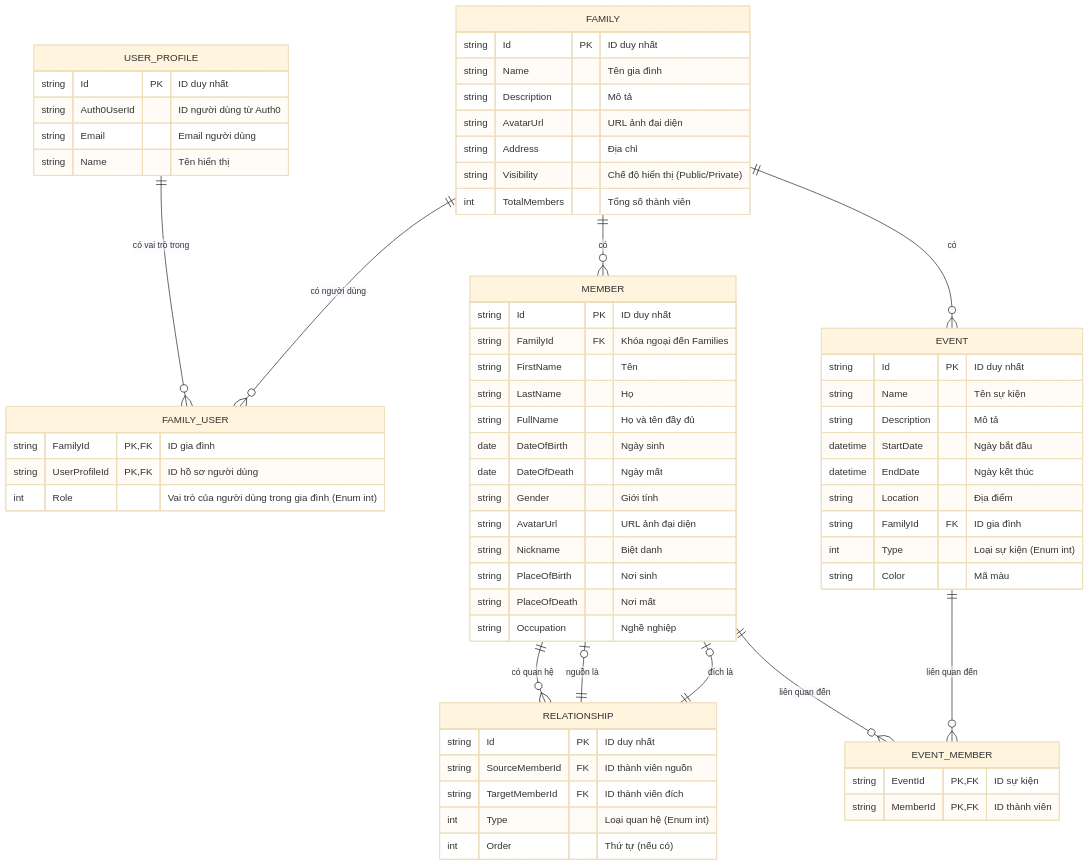
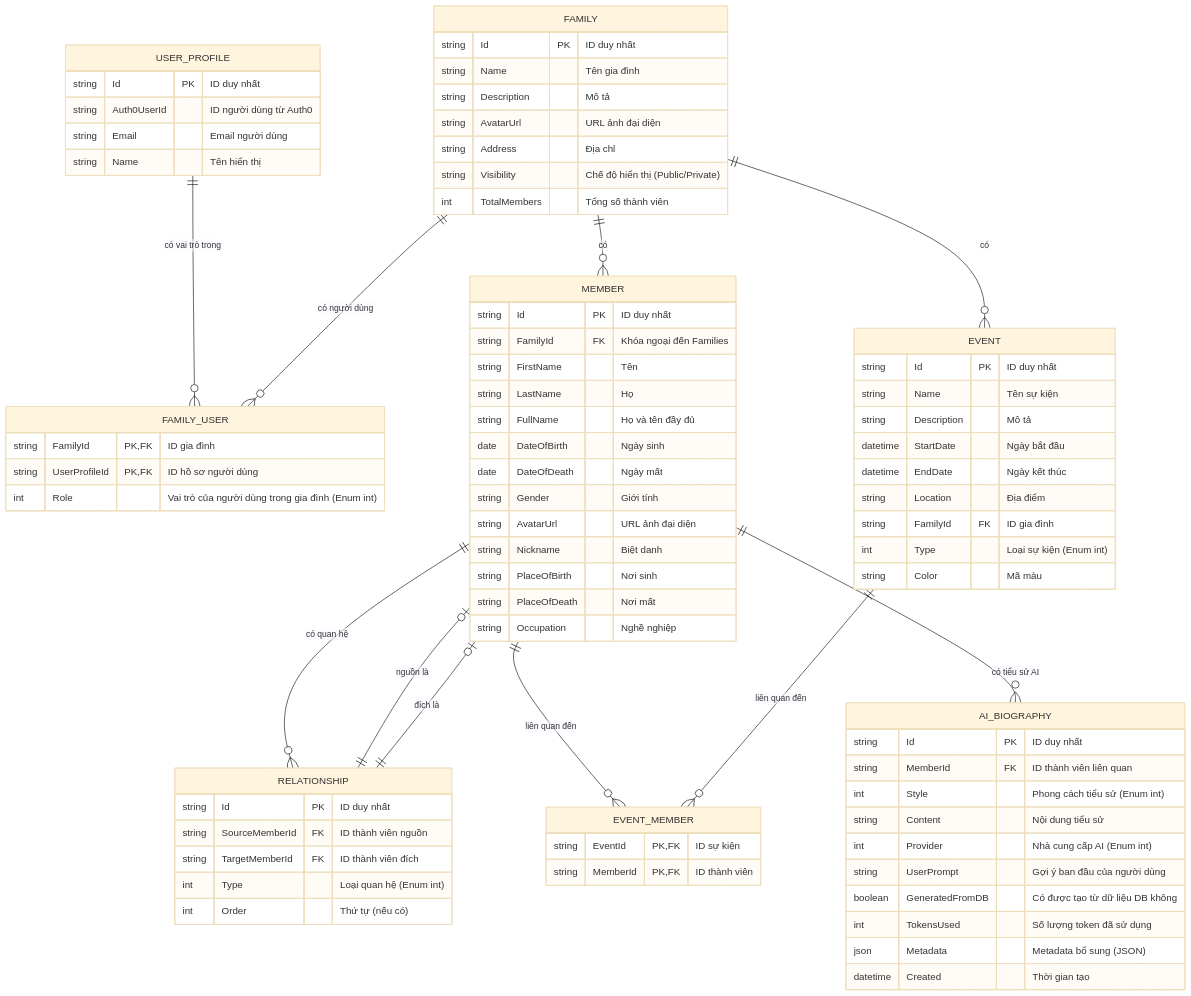
Before and after one commit to hkthao/family-tree-3: the diagram in docs/engineering/data-model.md, drawn with Mermaid (base theme). The commit also changed other lines of this file and 7 other files, not shown here.

````diff
--- a/docs/engineering/data-model.md
+++ b/docs/engineering/data-model.md
@@ -77,7 +77,7 @@
 
     RELATIONSHIP {
         string Id PK "ID duy nhất"
-        string SourceMemberId FK "ID thành viên nguồn"
+        string SourceMemberId FK "ID thành viên nguồn" 
         string TargetMemberId FK "ID thành viên đích"
         int Type "Loại quan hệ (Enum int)"
         int Order "Thứ tự (nếu có)"
@@ -86,6 +86,19 @@
     EVENT_MEMBER {
         string EventId PK,FK "ID sự kiện"
         string MemberId PK,FK "ID thành viên"
+    }
+
+    AI_BIOGRAPHY {
+        string Id PK "ID duy nhất"
+        string MemberId FK "ID thành viên liên quan"
+        int Style "Phong cách tiểu sử (Enum int)"
+        string Content "Nội dung tiểu sử"
+        int Provider "Nhà cung cấp AI (Enum int)"
+        string UserPrompt "Gợi ý ban đầu của người dùng"
+        boolean GeneratedFromDB "Có được tạo từ dữ liệu DB không"
+        int TokensUsed "Số lượng token đã sử dụng"
+        json Metadata "Metadata bổ sung (JSON)"
+        datetime Created "Thời gian tạo"
     }
 
     USER_PROFILE ||--o{ FAMILY_USER : "có vai trò trong"
@@ -97,4 +110,5 @@
     EVENT ||--o{ EVENT_MEMBER : "liên quan đến"
     RELATIONSHIP ||--o| MEMBER : "nguồn là"
     RELATIONSHIP ||--o| MEMBER : "đích là"
+    MEMBER ||--o{ AI_BIOGRAPHY : "có tiểu sử AI"
 ```
````
